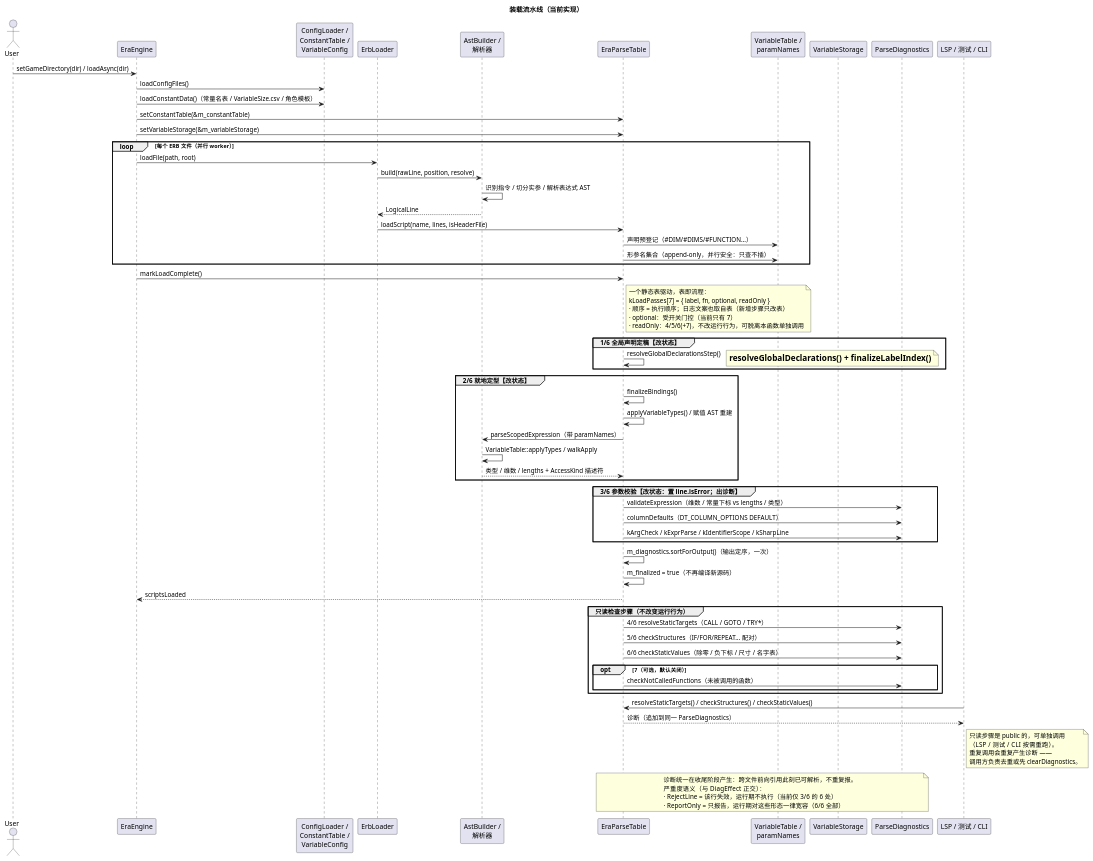
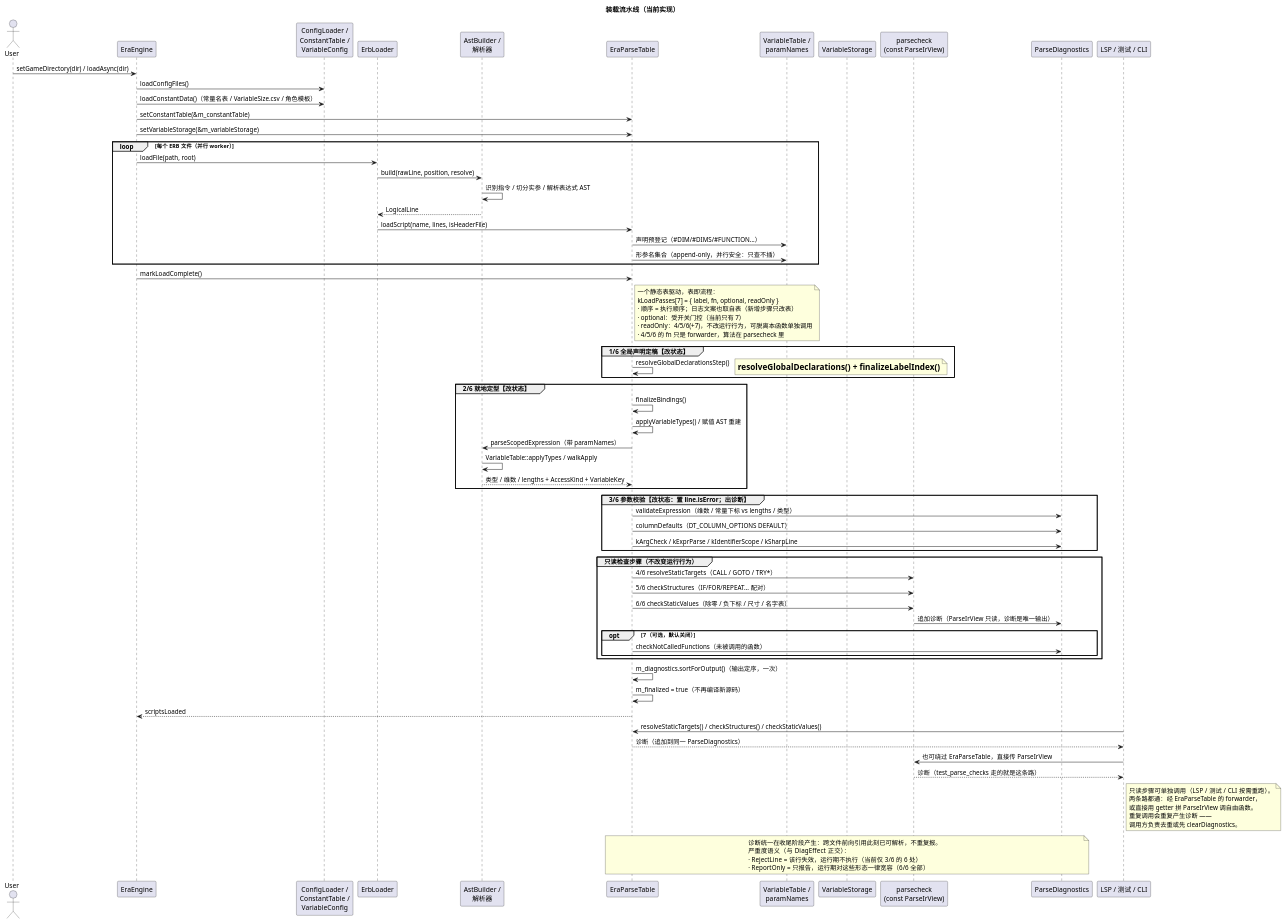
The diagram in docs/uml/04-load-pipeline.puml (yigekuyou/qt-eraemu), drawn with PlantUML before and after one commit. The commit also changed 8 other files, not shown here.

First line of the commit message:
docs/uml：按四轮重构重画（身份整数化 / 全定型 / 作用域显式 / 只读收尾外移）

```diff
--- a/docs/uml/04-load-pipeline.puml
+++ b/docs/uml/04-load-pipeline.puml
@@ -1,91 +1,97 @@
 @startuml 04-load-pipeline
 ' 无 graphviz(dot) 环境下用 PlantUML 内置 smetana 布局引擎
 !pragma layout smetana
 ' emuera —— 装载流水线（CSV → ERB 解析 → pass 表驱动收尾 → 诊断）
 ' 渲染：plantuml docs/uml/04-load-pipeline.puml
 title 装载流水线（当前实现）
 
 actor User
 participant "EraEngine" as E
 participant "ConfigLoader /\nConstantTable /\nVariableConfig" as CSV
 participant "ErbLoader" as L
 participant "AstBuilder /\n解析器" as AB
 participant "EraParseTable" as T
 participant "VariableTable /\nparamNames" as VT
 participant "VariableStorage" as S
+participant "parsecheck\n(const ParseIrView)" as PC
 participant "ParseDiagnostics" as D
 participant "LSP / 测试 / CLI" as LSP
 
 User -> E : setGameDirectory(dir) / loadAsync(dir)
 E -> CSV : loadConfigFiles()
 E -> CSV : loadConstantData()（常量名表 / VariableSize.csv / 角色模板）
 E -> T : setConstantTable(&m_constantTable)
 E -> T : setVariableStorage(&m_variableStorage)
 
 loop 每个 ERB 文件（并行 worker）
   E -> L : loadFile(path, root)
   L -> AB : build(rawLine, position, resolve)
   AB -> AB : 识别指令 / 切分实参 / 解析表达式 AST
   AB --> L : LogicalLine
   L -> T : loadScript(name, lines, isHeaderFile)
   T -> VT : 声明预登记（#DIM/#DIMS/#FUNCTION…）
   T -> VT : 形参名集合（append-only，并行安全：只查不插）
 end
 
 E -> T : markLoadComplete()
 note right of T
   一个静态表驱动，表即流程：
   kLoadPasses[7] = { label, fn, optional, readOnly }
   · 顺序 = 执行顺序；日志文案也取自表（新增步骤只改表）
   · optional：受开关门控（当前只有 7）
   · readOnly：4/5/6(+7)，不改运行行为，可脱离本函数单独调用
+  · 4/5/6 的 fn 只是 forwarder，算法在 parsecheck 里
 end note
 
 group 1/6 全局声明定稿【改状态】
   T -> T : resolveGlobalDeclarationsStep()
   note right : = resolveGlobalDeclarations() + finalizeLabelIndex()
 end
 
 group 2/6 就地定型【改状态】
   T -> T : finalizeBindings()
   T -> T : applyVariableTypes() / 赋值 AST 重建
   T -> AB : parseScopedExpression（带 paramNames）
   AB -> AB : VariableTable::applyTypes / walkApply
-  AB --> T : 类型 / 维数 / lengths + AccessKind 描述符
+  AB --> T : 类型 / 维数 / lengths + AccessKind + VariableKey
 end
 
 group 3/6 参数校验【改状态：置 line.isError；出诊断】
   T -> D : validateExpression（维数 / 常量下标 vs lengths / 类型）
   T -> D : columnDefaults（DT_COLUMN_OPTIONS DEFAULT）
   T -> D : kArgCheck / kExprParse / kIdentifierScope / kSharpLine
 end
 
-T -> T : m_diagnostics.sortForOutput()（输出定序，一次）
-T -> T : m_finalized = true（不再编译新源码）
-T --> E : scriptsLoaded
-
 group 只读检查步骤（不改变运行行为）
-  T -> D : 4/6 resolveStaticTargets（CALL / GOTO / TRY*）
-  T -> D : 5/6 checkStructures（IF/FOR/REPEAT… 配对）
-  T -> D : 6/6 checkStaticValues（除零 / 负下标 / 尺寸 / 名字表）
+  T -> PC : 4/6 resolveStaticTargets（CALL / GOTO / TRY*）
+  T -> PC : 5/6 checkStructures（IF/FOR/REPEAT… 配对）
+  T -> PC : 6/6 checkStaticValues（除零 / 负下标 / 尺寸 / 名字表）
+  PC -> D : 追加诊断（ParseIrView 只读，诊断是唯一输出）
   opt 7（可选，默认关闭）
     T -> D : checkNotCalledFunctions（未被调用的函数）
   end
 end
 
+T -> T : m_diagnostics.sortForOutput()（输出定序，一次）
+T -> T : m_finalized = true（不再编译新源码）
+T --> E : scriptsLoaded
+
 LSP -> T : resolveStaticTargets() / checkStructures() / checkStaticValues()
 T --> LSP : 诊断（追加到同一 ParseDiagnostics）
+LSP -> PC : 也可绕过 EraParseTable，直接传 ParseIrView
+PC --> LSP : 诊断（test_parse_checks 走的就是这条路）
 note right of LSP
-  只读步骤是 public 的，可单独调用
-  （LSP / 测试 / CLI 按需重跑）。
+  只读步骤可单独调用（LSP / 测试 / CLI 按需重跑）。
+  两条路都通：经 EraParseTable 的 forwarder，
+  或直接用 getter 拼 ParseIrView 调自由函数。
   重复调用会重复产生诊断 ——
   调用方负责去重或先 clearDiagnostics。
 end note
 
 note over T,D
   诊断统一在收尾阶段产生：跨文件前向引用此刻已可解析，不重复报。
   严重度语义（与 DiagEffect 正交）：
   · RejectLine  = 该行失效，运行期不执行（当前仅 3/6 的 6 处）
   · ReportOnly  = 只报告，运行期对这些形态一律宽容（6/6 全部）
 end note
 @enduml
```
